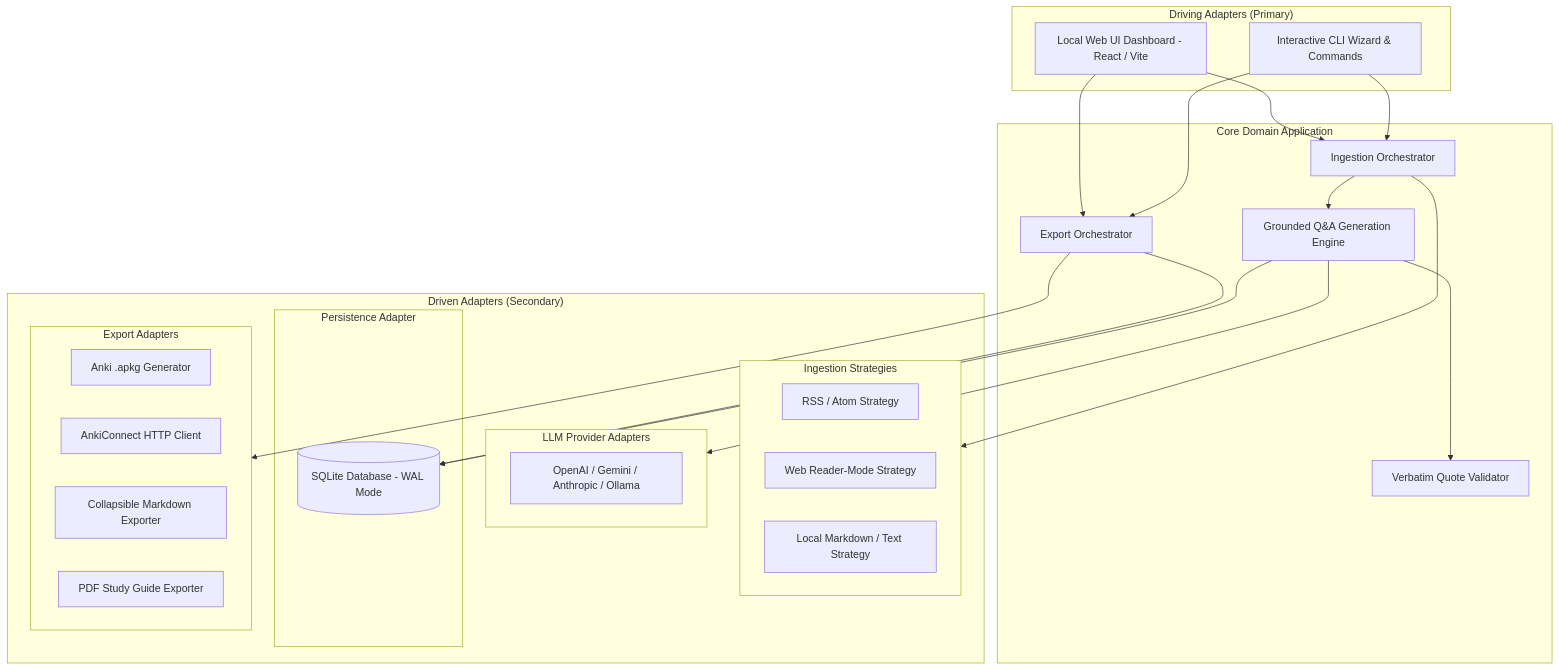
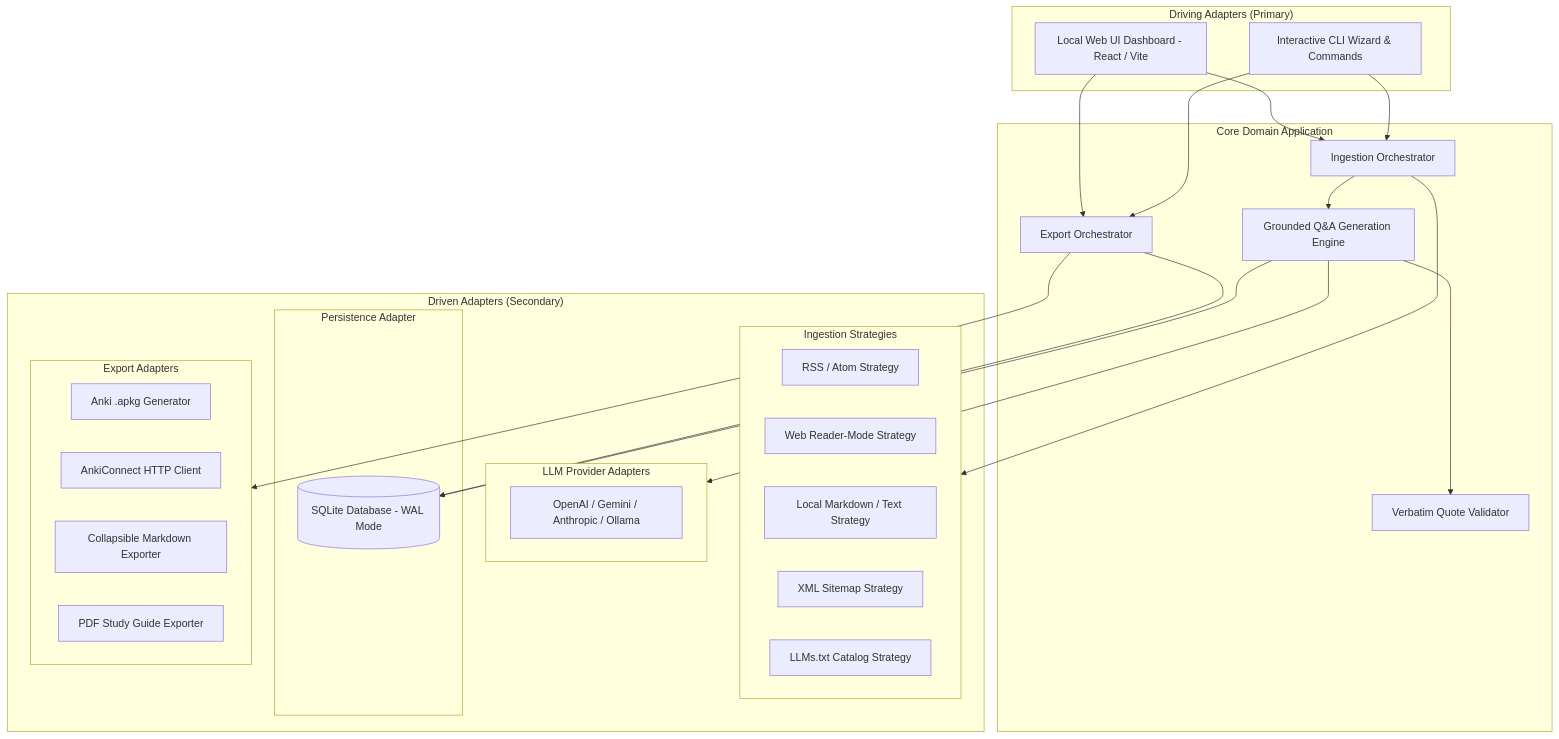
Before and after one commit to alexprodan99/flashcard-master: the diagram in _bmad-output/planning-artifacts/architecture/ARCHITECTURE-SPINE.md, drawn with Mermaid. The commit also changed 1 other file, not shown here.

Commit message:
docs(bmad): synchronize Epic 7 architectural diagrams, feature list, and PRD specifications

````diff
--- a/_bmad-output/planning-artifacts/architecture/ARCHITECTURE-SPINE.md
+++ b/_bmad-output/planning-artifacts/architecture/ARCHITECTURE-SPINE.md
@@ -16,50 +16,52 @@
 ```mermaid
 flowchart TD
     subgraph DrivingAdapters ["Driving Adapters (Primary)"]
         CLI[Interactive CLI Wizard & Commands]
         UI[Local Web UI Dashboard - React / Vite]
     end
 
     subgraph CoreDomain ["Core Domain Application"]
         IngestService[Ingestion Orchestrator]
         QAEngine[Grounded Q&A Generation Engine]
         GroundingGuard[Verbatim Quote Validator]
         ExportService[Export Orchestrator]
     end
 
     subgraph DrivenAdapters ["Driven Adapters (Secondary)"]
         subgraph IngestionStrategies ["Ingestion Strategies"]
             RSS[RSS / Atom Strategy]
             Web[Web Reader-Mode Strategy]
             Local[Local Markdown / Text Strategy]
+            Sitemap[XML Sitemap Strategy]
+            LLMsTxt[LLMs.txt Catalog Strategy]
         end
 
         subgraph LLMAdapters ["LLM Provider Adapters"]
             OpenAI[OpenAI / Gemini / Anthropic / Ollama]
         end
 
         subgraph StorageAdapters ["Persistence Adapter"]
             SQLite[(SQLite Database - WAL Mode)]
         end
 
         subgraph ExportAdapters ["Export Adapters"]
             AnkiPkg[Anki .apkg Generator]
             AnkiConn[AnkiConnect HTTP Client]
             MDExp[Collapsible Markdown Exporter]
             PDFExp[PDF Study Guide Exporter]
         end
     end
 
     CLI --> IngestService
     CLI --> ExportService
     UI --> IngestService
     UI --> ExportService
 
     IngestService --> IngestionStrategies
     IngestService --> QAEngine
     QAEngine --> LLMAdapters
     QAEngine --> GroundingGuard
     QAEngine --> SQLite
     ExportService --> SQLite
     ExportService --> ExportAdapters
 ```
````
